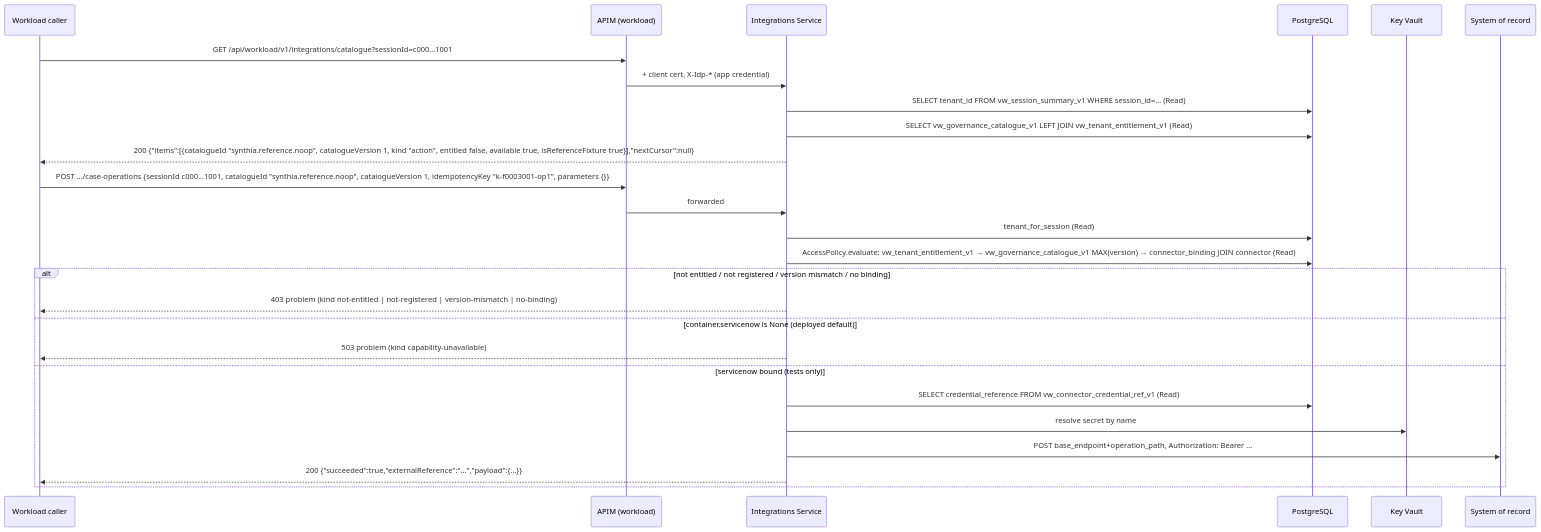
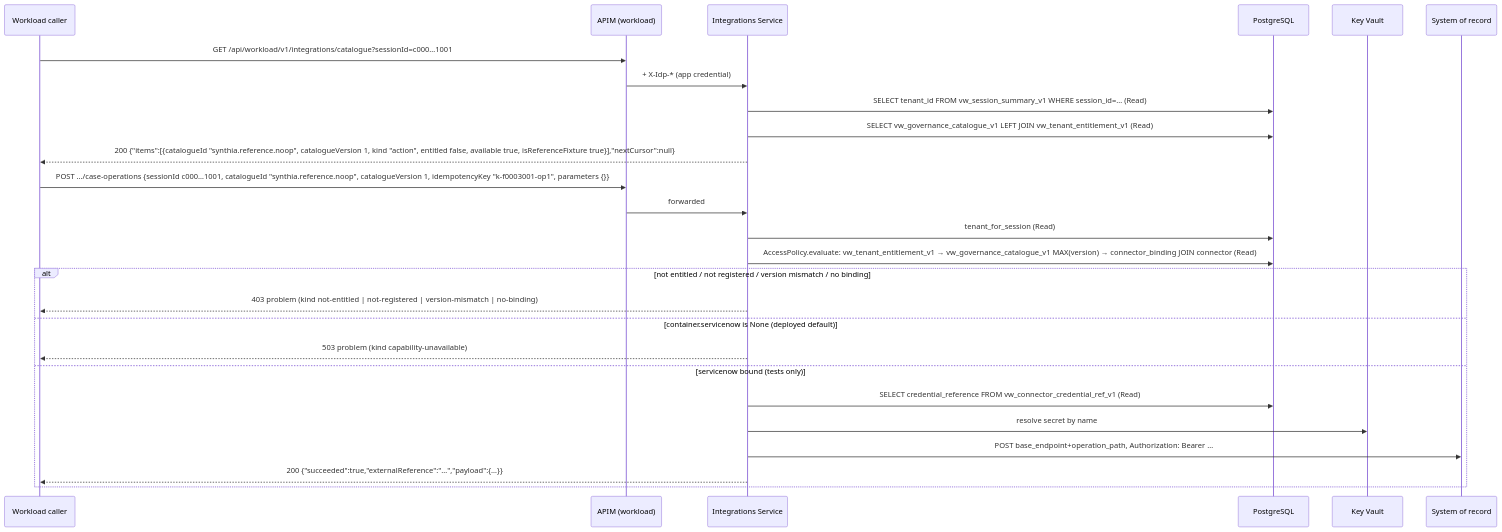
The fifth of 6 diagrams in docs/current-implementation/scenarios.md (kotharinilay/itsm-poc), drawn with Mermaid before and after one commit. The commit also changed other lines of this file and 1 other file, not shown here.

````diff
--- a/docs/current-implementation/scenarios.md
+++ b/docs/current-implementation/scenarios.md
@@ -258,28 +260,28 @@
 ```mermaid
 sequenceDiagram
   participant W as Workload caller
   participant G as APIM (workload)
   participant I as Integrations Service
   participant DB as PostgreSQL
   participant KV as Key Vault
   participant SN as System of record
   W->>G: GET /api/workload/v1/integrations/catalogue?sessionId=c000…1001
-  G->>I: + client cert, X-Idp-* (app credential)
+  G->>I: + X-Idp-* (app credential)
   I->>DB: SELECT tenant_id FROM vw_session_summary_v1 WHERE session_id=… (Read)
   I->>DB: SELECT vw_governance_catalogue_v1 LEFT JOIN vw_tenant_entitlement_v1 (Read)
   I-->>W: 200 {"items":[{catalogueId "synthia.reference.noop", catalogueVersion 1, kind "action", entitled false, available true, isReferenceFixture true}],"nextCursor":null}
   W->>G: POST …/case-operations {sessionId c000…1001, catalogueId "synthia.reference.noop", catalogueVersion 1, idempotencyKey "k-f0003001-op1", parameters {}}
   G->>I: forwarded
   I->>DB: tenant_for_session (Read)
   I->>DB: AccessPolicy.evaluate: vw_tenant_entitlement_v1 → vw_governance_catalogue_v1 MAX(version) → connector_binding JOIN connector (Read)
   alt not entitled / not registered / version mismatch / no binding
     I-->>W: 403 problem (kind not-entitled | not-registered | version-mismatch | no-binding)
   else container.servicenow is None (deployed default)
     I-->>W: 503 problem (kind capability-unavailable)
   else servicenow bound (tests only)
     I->>DB: SELECT credential_reference FROM vw_connector_credential_ref_v1 (Read)
     I->>KV: resolve secret by name
     I->>SN: POST base_endpoint+operation_path, Authorization: Bearer …
     I-->>W: 200 {"succeeded":true,"externalReference":"…","payload":{…}}
   end
 ```
````
